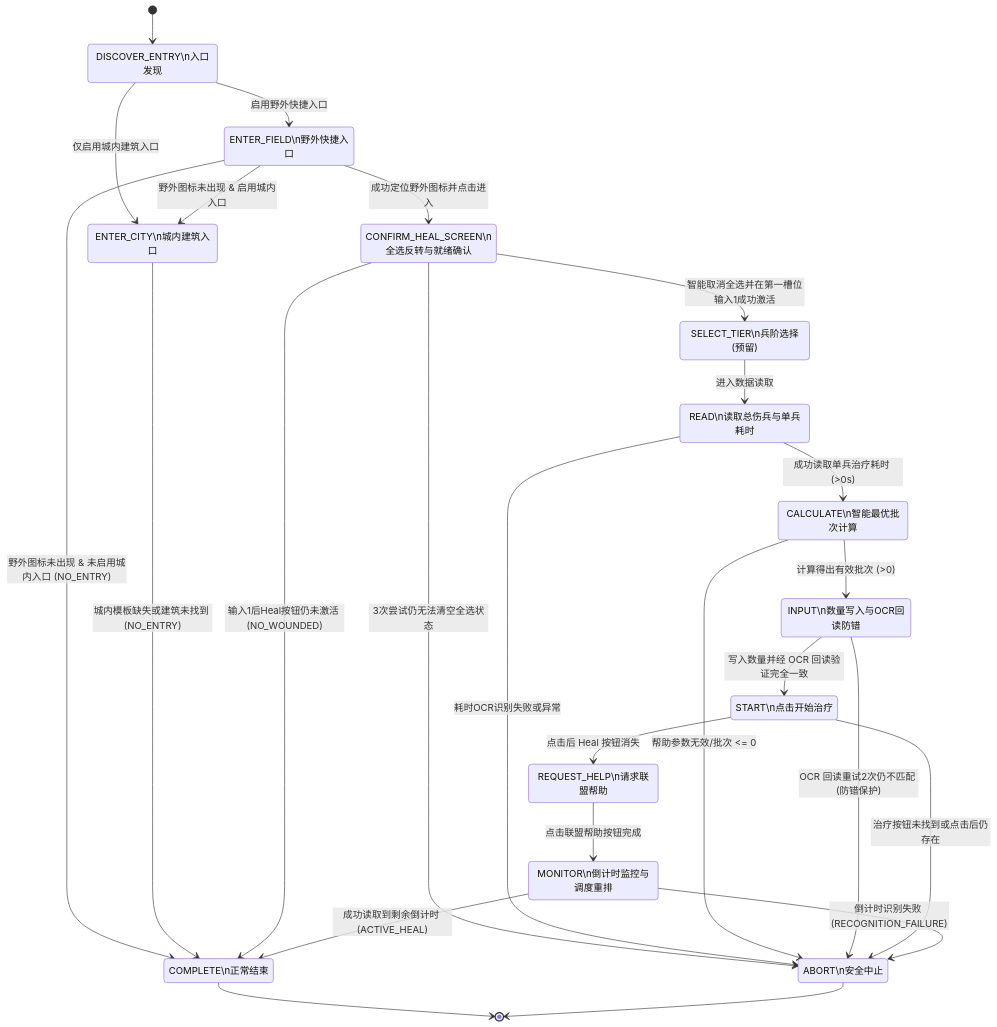
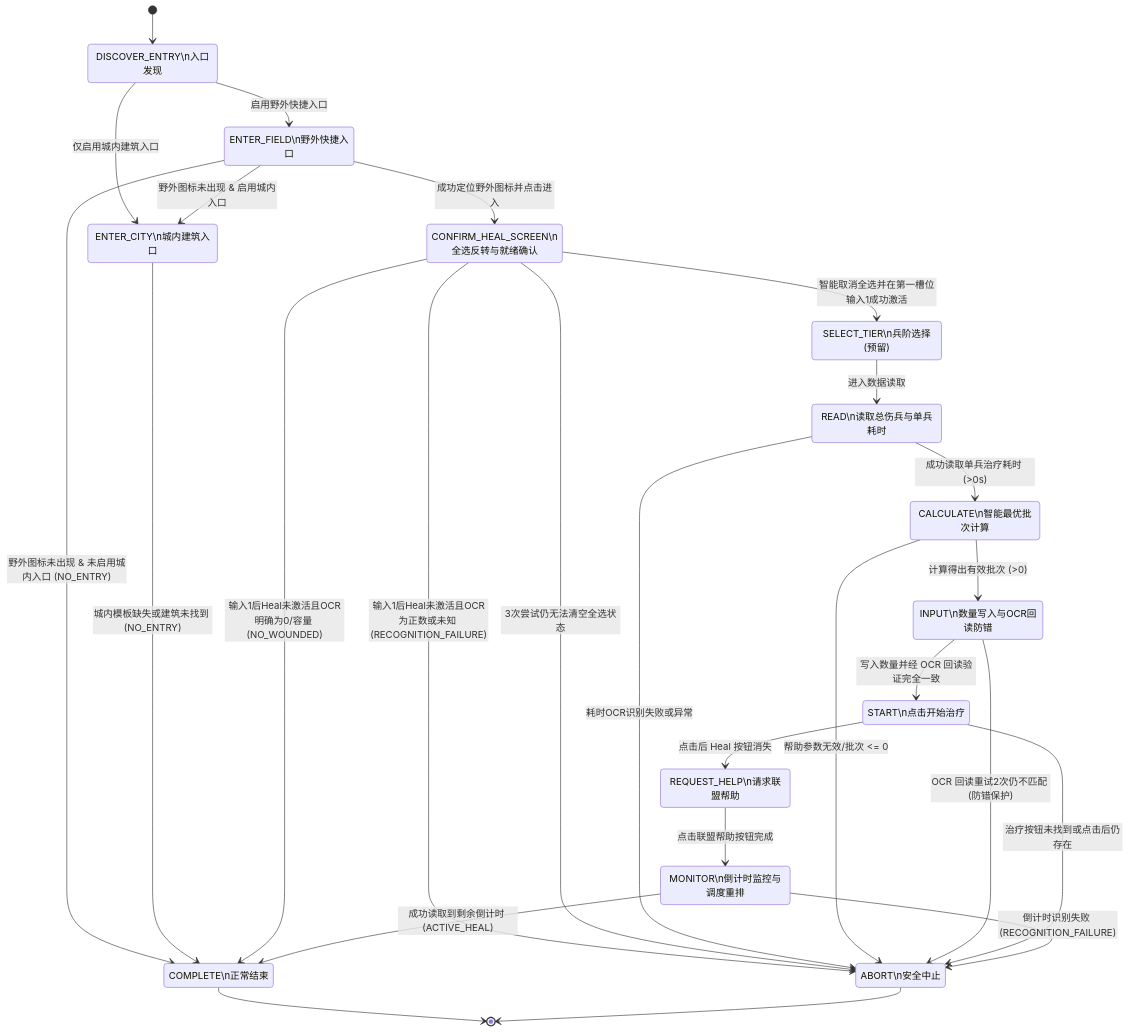
One commit to Privatexiao/wosbot changed the second of 2 diagrams in docs/custom-features.md. Above: the diagram before and after it, drawn with Mermaid. The commit also changed other lines of this file and 1 other file, not shown here.

````diff
--- a/docs/custom-features.md
+++ b/docs/custom-features.md
@@ -159,53 +159,54 @@
 ```mermaid
 stateDiagram-v2
     [*] --> DISCOVER_ENTRY
     
     state "DISCOVER_ENTRY\n入口发现" as DISCOVER_ENTRY
     state "ENTER_FIELD\n野外快捷入口" as ENTER_FIELD
     state "ENTER_CITY\n城内建筑入口" as ENTER_CITY
     state "CONFIRM_HEAL_SCREEN\n全选反转与就绪确认" as CONFIRM_HEAL_SCREEN
     state "SELECT_TIER\n兵阶选择(预留)" as SELECT_TIER
     state "READ\n读取总伤兵与单兵耗时" as READ
     state "CALCULATE\n智能最优批次计算" as CALCULATE
     state "INPUT\n数量写入与OCR回读防错" as INPUT
     state "START\n点击开始治疗" as START
     state "REQUEST_HELP\n请求联盟帮助" as REQUEST_HELP
     state "MONITOR\n倒计时监控与调度重排" as MONITOR
     state "COMPLETE\n正常结束" as COMPLETE
     state "ABORT\n安全中止" as ABORT
 
     DISCOVER_ENTRY --> ENTER_FIELD: 启用野外快捷入口
     DISCOVER_ENTRY --> ENTER_CITY: 仅启用城内建筑入口
     
     ENTER_FIELD --> CONFIRM_HEAL_SCREEN: 成功定位野外图标并点击进入
     ENTER_FIELD --> ENTER_CITY: 野外图标未出现 & 启用城内入口
     ENTER_FIELD --> COMPLETE: 野外图标未出现 & 未启用城内入口 (NO_ENTRY)
     
     ENTER_CITY --> COMPLETE: 城内模板缺失或建筑未找到 (NO_ENTRY)
     
     CONFIRM_HEAL_SCREEN --> SELECT_TIER: 智能取消全选并在第一槽位输入1成功激活
-    CONFIRM_HEAL_SCREEN --> COMPLETE: 输入1后Heal按钮仍未激活 (NO_WOUNDED)
+    CONFIRM_HEAL_SCREEN --> COMPLETE: 输入1后Heal未激活且OCR明确为0/容量 (NO_WOUNDED)
+    CONFIRM_HEAL_SCREEN --> ABORT: 输入1后Heal未激活且OCR为正数或未知 (RECOGNITION_FAILURE)
     CONFIRM_HEAL_SCREEN --> ABORT: 3次尝试仍无法清空全选状态
     
     SELECT_TIER --> READ: 进入数据读取
     
     READ --> CALCULATE: 成功读取单兵治疗耗时 (>0s)
     READ --> ABORT: 耗时OCR识别失败或异常
     
     CALCULATE --> INPUT: 计算得出有效批次 (>0)
     CALCULATE --> ABORT: 帮助参数无效/批次 <= 0
     
     INPUT --> START: 写入数量并经 OCR 回读验证完全一致
     INPUT --> ABORT: OCR 回读重试2次仍不匹配 (防错保护)
     
     START --> REQUEST_HELP: 点击后 Heal 按钮消失
     START --> ABORT: 治疗按钮未找到或点击后仍存在
     
     REQUEST_HELP --> MONITOR: 点击联盟帮助按钮完成
     
     MONITOR --> COMPLETE: 成功读取到剩余倒计时 (ACTIVE_HEAL)
     MONITOR --> ABORT: 倒计时识别失败 (RECOGNITION_FAILURE)
     
     COMPLETE --> [*]
     ABORT --> [*]
 ```
````
